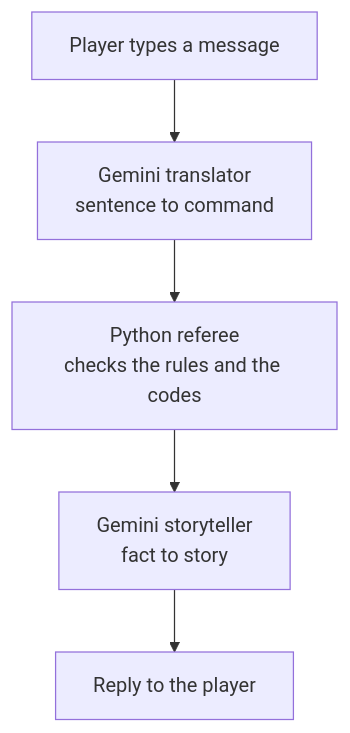
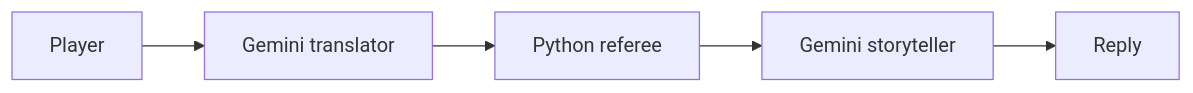
One commit to farzaneh3745/AI-Escape-Room changed the second of 2 diagrams in README.md. Above: the diagram before and after it, drawn with Mermaid. The commit also changed other lines of this file, not shown here.

````diff
--- a/README.md
+++ b/README.md
@@ -41,7 +25,4 @@
 ```mermaid
-flowchart TD
-    A[Player types a message] --> B[Gemini translator<br/>sentence to command]
-    B --> C[Python referee<br/>checks the rules and the codes]
-    C --> D[Gemini storyteller<br/>fact to story]
-    D --> E[Reply to the player]
+flowchart LR
+    A[Player] --> B[Gemini translator] --> C[Python referee] --> D[Gemini storyteller] --> E[Reply]
 ```
````
